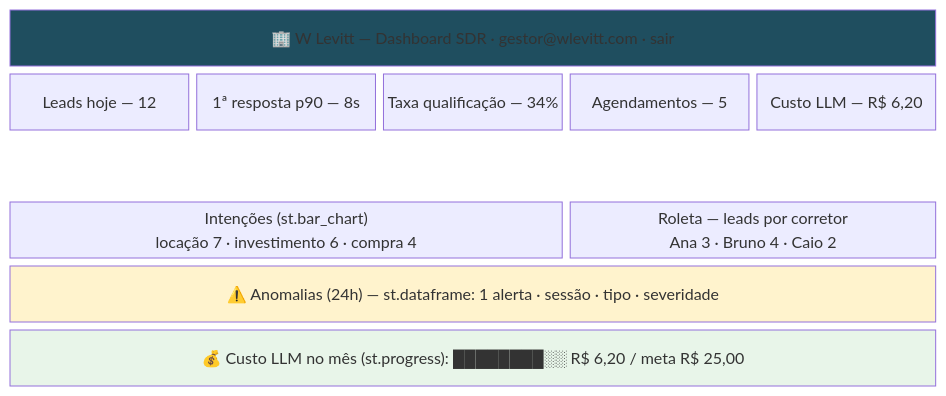
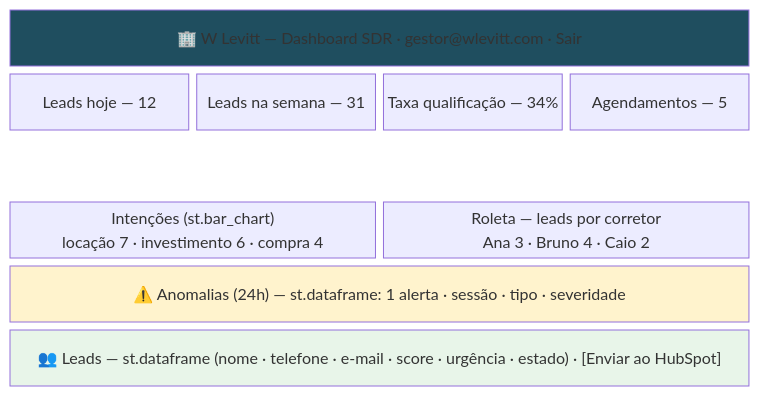
One commit to paulosobral/fiap-pos-tech-ia-para-devs changed the second of 2 diagrams in 01-aulas-gravadas/05-privacidade-seguranca-de-dados/04-deteccao-de-anomalias/05-tech-challenge/agente-sdr-imobiliario/documentos/POSTECH - Hacka PRD Agente_SDR_Imobiliario - Fase 5.md. Above: the diagram before and after it, drawn with Mermaid. The commit also changed other lines of this file and 11 other files, not shown here.

````diff
--- a/01-aulas-gravadas/05-privacidade-seguranca-de-dados/04-deteccao-de-anomalias/05-tech-challenge/agente-sdr-imobiliario/documentos/POSTECH - Hacka PRD Agente_SDR_Imobiliario - Fase 5.md
+++ b/01-aulas-gravadas/05-privacidade-seguranca-de-dados/04-deteccao-de-anomalias/05-tech-challenge/agente-sdr-imobiliario/documentos/POSTECH - Hacka PRD Agente_SDR_Imobiliario - Fase 5.md
@@ -561,14 +566,14 @@
 ```mermaid
 block-beta
-    columns 5
-    hd["🏢 W Levitt — Dashboard SDR · gestor@wlevitt.com · sair"]:5
-    m1["Leads hoje — 12"] m2["1ª resposta p90 — 8s"] m3["Taxa qualificação — 34%"] m4["Agendamentos — 5"] m5["Custo LLM — R$ 6,20"]
-    space:5
-    g1["Intenções (st.bar_chart)<br/>locação 7 · investimento 6 · compra 4"]:3
+    columns 4
+    hd["🏢 W Levitt — Dashboard SDR · gestor@wlevitt.com · Sair"]:4
+    m1["Leads hoje — 12"] m2["Leads na semana — 31"] m3["Taxa qualificação — 34%"] m4["Agendamentos — 5"]
+    space:4
+    g1["Intenções (st.bar_chart)<br/>locação 7 · investimento 6 · compra 4"]:2
     g2["Roleta — leads por corretor<br/>Ana 3 · Bruno 4 · Caio 2"]:2
-    an["⚠️ Anomalias (24h) — st.dataframe: 1 alerta · sessão · tipo · severidade"]:5
-    cu["💰 Custo LLM no mês (st.progress): ████████░░ R$ 6,20 / meta R$ 25,00"]:5
+    an["⚠️ Anomalias (24h) — st.dataframe: 1 alerta · sessão · tipo · severidade"]:4
+    ld["👥 Leads — st.dataframe (nome · telefone · e-mail · score · urgência · estado) · [Enviar ao HubSpot]"]:4
     style hd fill:#1f4e5f,color:#ffffff
     style an fill:#fff3cd
-    style cu fill:#e8f5e9
+    style ld fill:#e8f5e9
 ```
````
